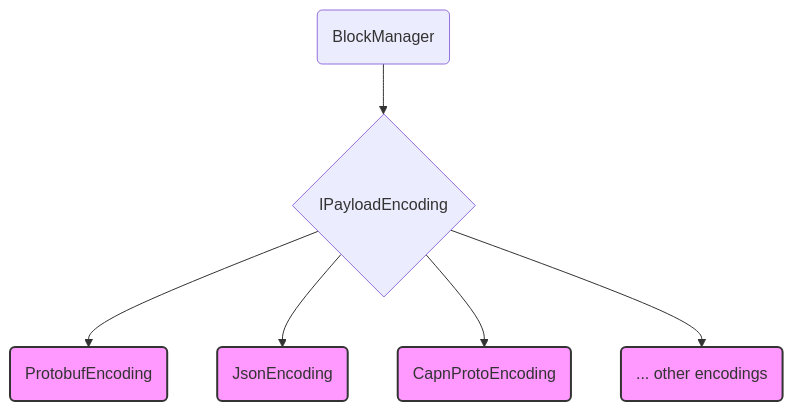
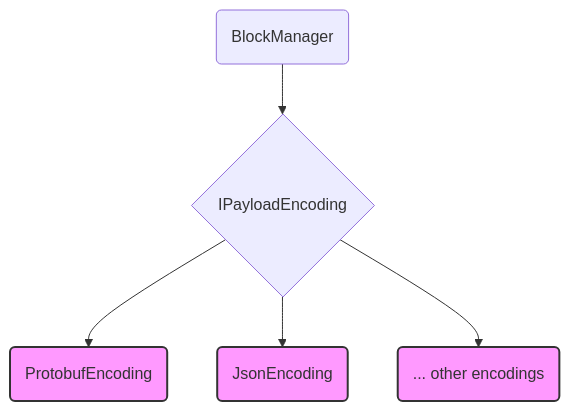
The diagram in docs/architecture/Payload_Encoding.md (NetNinjaCorp/EmailDB), drawn with Mermaid before and after one commit. The commit also changed other lines of this file and 294 other files, not shown here.

First line of the commit message:
Replace ZoneTree/CapnProto with custom BTree index and encryption system

````diff
--- a/docs/architecture/Payload_Encoding.md
+++ b/docs/architecture/Payload_Encoding.md
@@ -56,13 +55,11 @@
 ```mermaid
 graph TD
     B(BlockManager) --> C{IPayloadEncoding};
     C --> D(ProtobufEncoding);
     C --> E(JsonEncoding);
-    C --> F(CapnProtoEncoding);
-    C --> G(... other encodings);
+    C --> F(... other encodings);
 
     style D fill:#f9f,stroke:#333,stroke-width:2px
     style E fill:#f9f,stroke:#333,stroke-width:2px
     style F fill:#f9f,stroke:#333,stroke-width:2px
-    style G fill:#f9f,stroke:#333,stroke-width:2px
 ```
````
